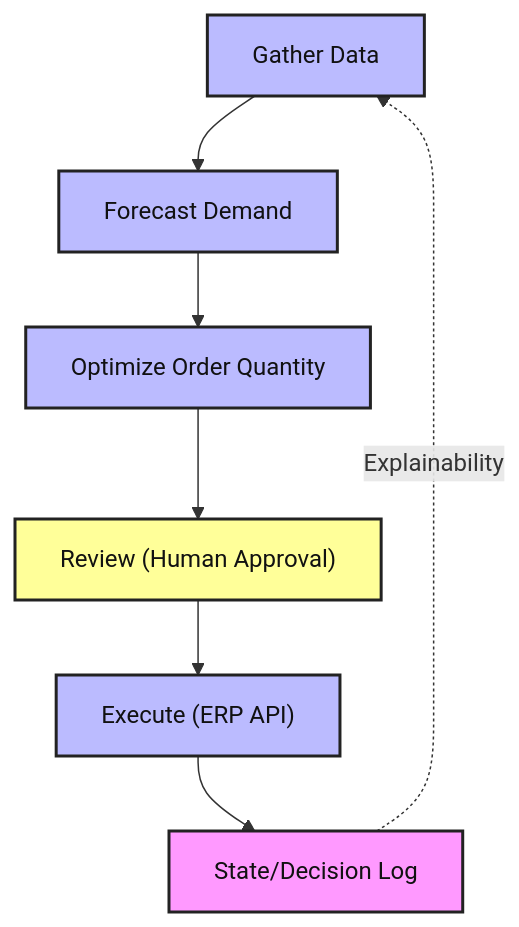
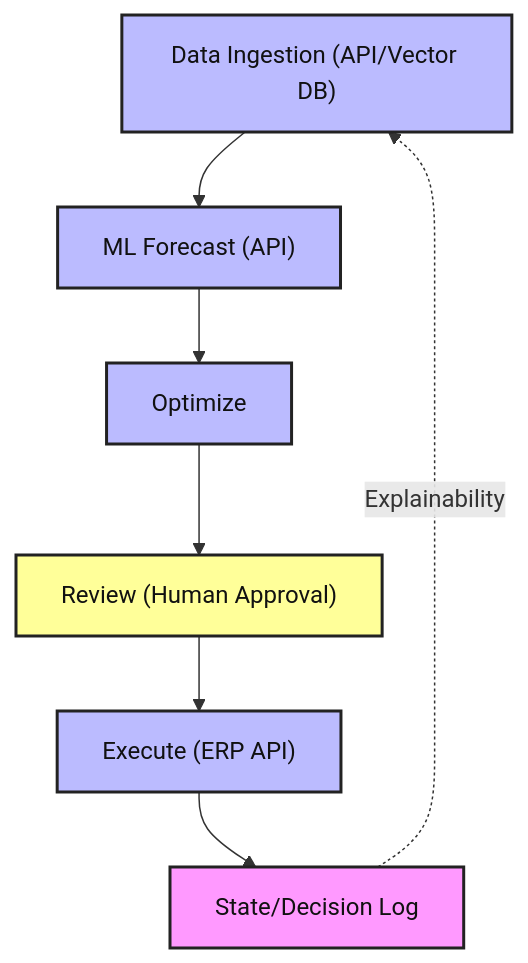
Before and after one commit to AgnesYYQ/supply-chain-reorder: the diagram in README.md, drawn with Mermaid. The commit also changed other lines of this file and 5 other files, not shown here.

````diff
--- a/README.md
+++ b/README.md
@@ -29,15 +39,15 @@
 ```mermaid
 flowchart TD
-	A["Gather Data"] --> B["Forecast Demand"]
-	B --> C["Optimize Order Quantity"]
+	A["Data Ingestion (API/Vector DB)"] --> B["ML Forecast (API)"]
+	B --> C["Optimize"]
 	C --> D["Review (Human Approval)"]
 	D --> E["Execute (ERP API)"]
 	E --> F["State/Decision Log"]
 	F -.->|Explainability| A
 	style F fill:#f9f,stroke:#222,stroke-width:2px,color:#111
 	style D fill:#ff9,stroke:#222,stroke-width:2px,color:#111
 	style A fill:#bbf,stroke:#222,stroke-width:2px,color:#111
 	style B fill:#bbf,stroke:#222,stroke-width:2px,color:#111
 	style C fill:#bbf,stroke:#222,stroke-width:2px,color:#111
 	style E fill:#bbf,stroke:#222,stroke-width:2px,color:#111
 ```
````
